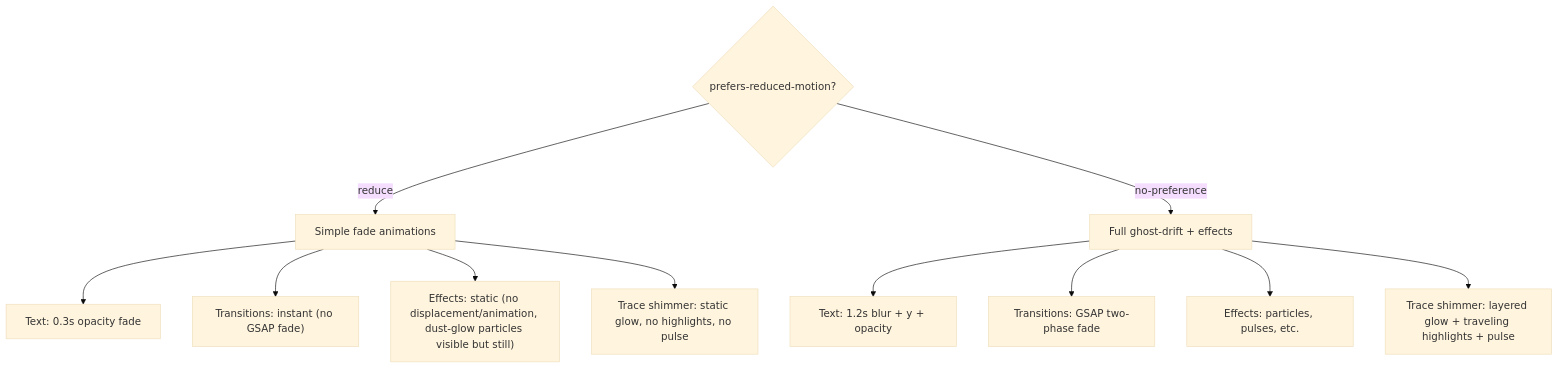
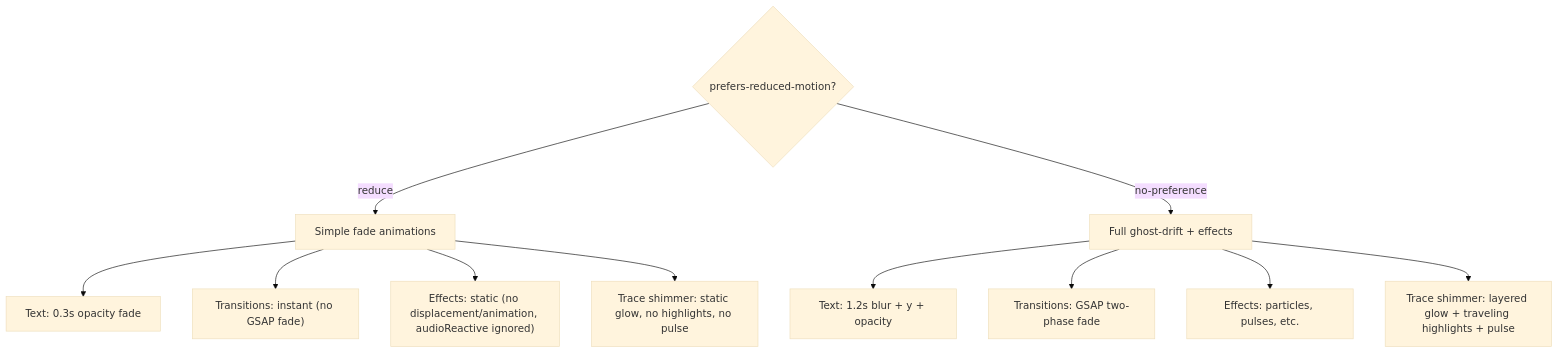
The second of 3 diagrams in docs/accessibility.md (anchildress1/carbon-trace), drawn with Mermaid (base theme) before and after one commit. The commit also changed other lines of this file and 2 other files, not shown here.

First line of the commit message:
docs: update specs for overlay architecture and fog-to-dust rename

````diff
--- a/docs/accessibility.md
+++ b/docs/accessibility.md
@@ -63,15 +63,15 @@
 ```mermaid
 flowchart TD
     A{prefers-reduced-motion?} -->|reduce| B[Simple fade animations]
     A -->|no-preference| C[Full ghost-drift + effects]
 
     B --> D["Text: 0.3s opacity fade"]
     B --> E["Transitions: instant (no GSAP fade)"]
-    B --> F["Effects: static (no displacement/animation, dust-glow particles visible but still)"]
+    B --> F["Effects: static (no displacement/animation, audioReactive ignored)"]
     B --> G["Trace shimmer: static glow, no highlights, no pulse"]
 
     C --> H["Text: 1.2s blur + y + opacity"]
     C --> I["Transitions: GSAP two-phase fade"]
     C --> J["Effects: particles, pulses, etc."]
     C --> K["Trace shimmer: layered glow + traveling highlights + pulse"]
 ```
````
